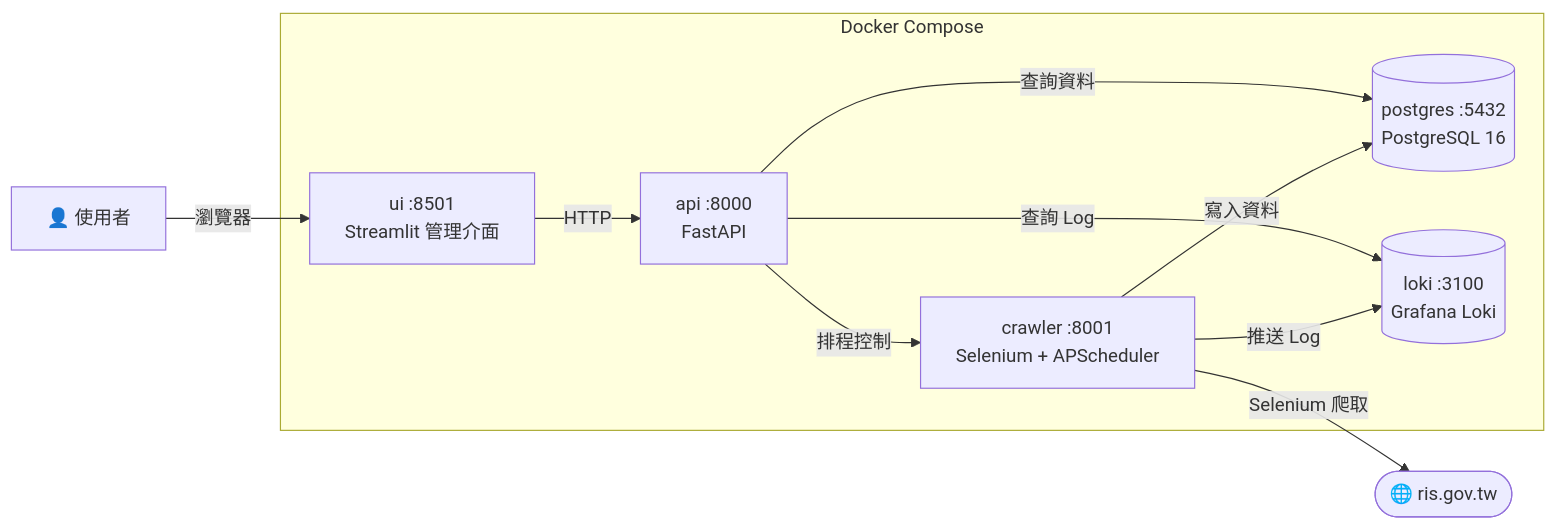
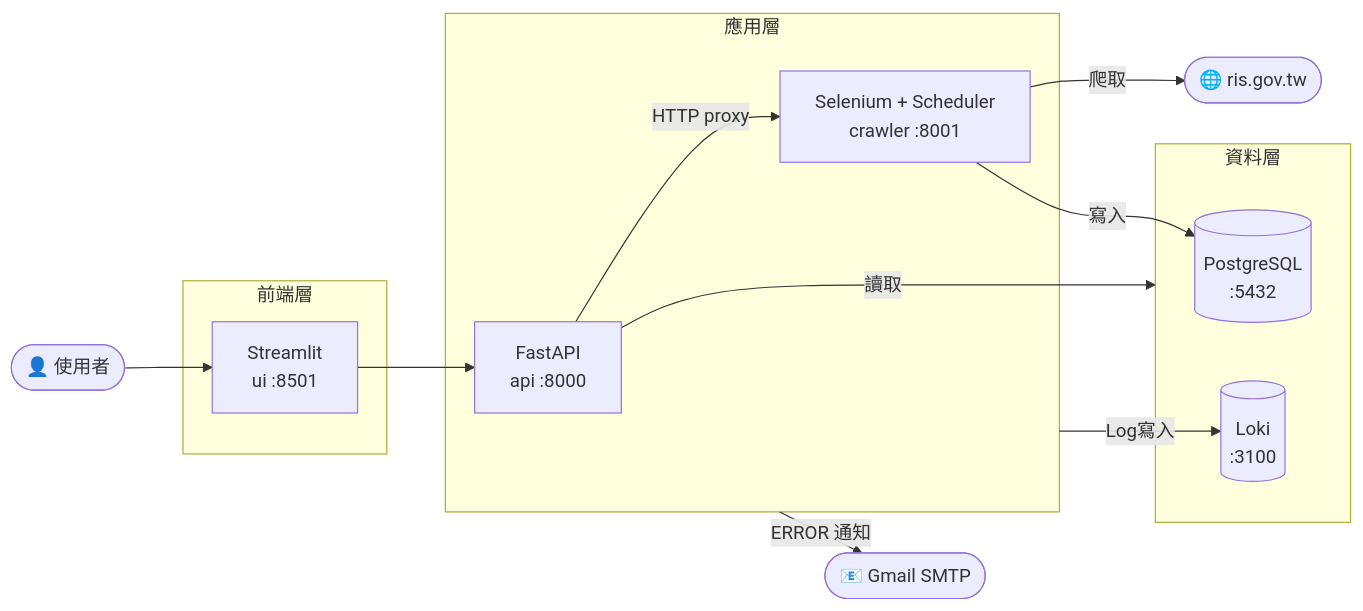
Before and after one commit to YaChuuuuu/Taipei_address_crawler_system: the diagram in README.md, drawn with Mermaid. The commit also changed other lines of this file and 6 other files, not shown here.

````diff
--- a/README.md
+++ b/README.md
@@ -7,23 +7,30 @@
 ```mermaid
-graph LR
-    User["👤 使用者"]
+flowchart LR
+    User(["👤 使用者"])
 
-    subgraph Docker Compose
-        UI["ui :8501<br/>Streamlit 管理介面"]
-        API["api :8000<br/>FastAPI"]
-        Crawler["crawler :8001<br/>Selenium + APScheduler"]
-        PG[("postgres :5432<br/>PostgreSQL 16")]
-        Loki[("loki :3100<br/>Grafana Loki")]
+    subgraph FE ["前端層"]
+        UI["Streamlit<br/>ui :8501"]
+    end
+
+    subgraph APP ["應用層"]
+        API["FastAPI<br/>api :8000"]
+        Crawler["Selenium + Scheduler<br/>crawler :8001"]
+    end
+
+    subgraph DATA ["資料層"]
+        PG[("PostgreSQL<br/>:5432")]
+        Loki[("Loki<br/>:3100")]
     end
 
     Web(["🌐 ris.gov.tw"])
+    Email(["📧 Gmail SMTP"])
 
-    User -->|"瀏覽器"| UI
-    UI -->|"HTTP"| API
-    API -->|"查詢資料"| PG
-    API -->|"查詢 Log"| Loki
-    API -->|"排程控制"| Crawler
-    Crawler -->|"寫入資料"| PG
-    Crawler -->|"推送 Log"| Loki
-    Crawler -->|"Selenium 爬取"| Web
+    User --> UI
+    UI --> API
+    API -->|HTTP proxy| Crawler
+    Crawler -->|爬取| Web
+    API -->|讀取| DATA
+    Crawler -->|寫入| PG
+    APP -->|Log寫入| Loki
+    APP -->|ERROR 通知| Email
 ```
````
